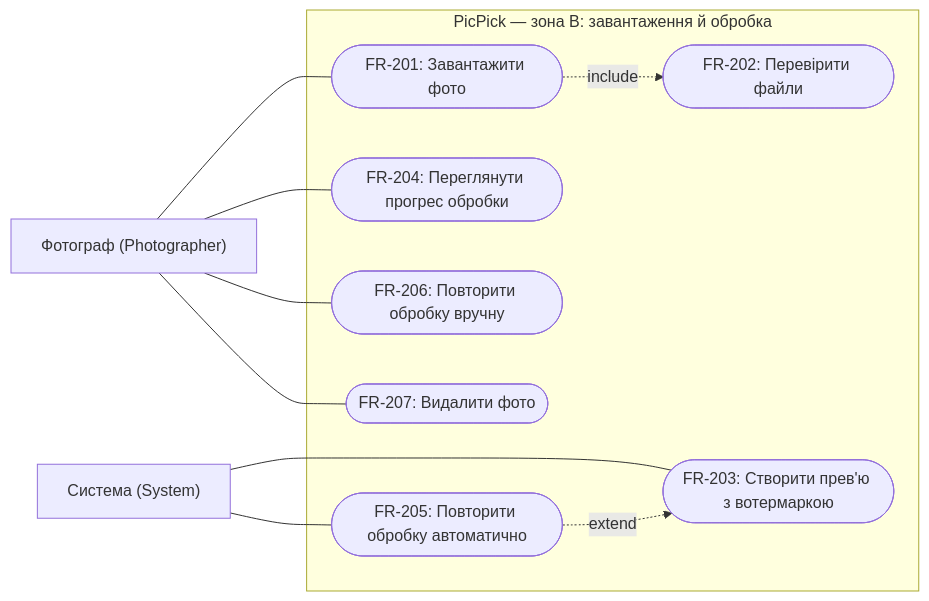
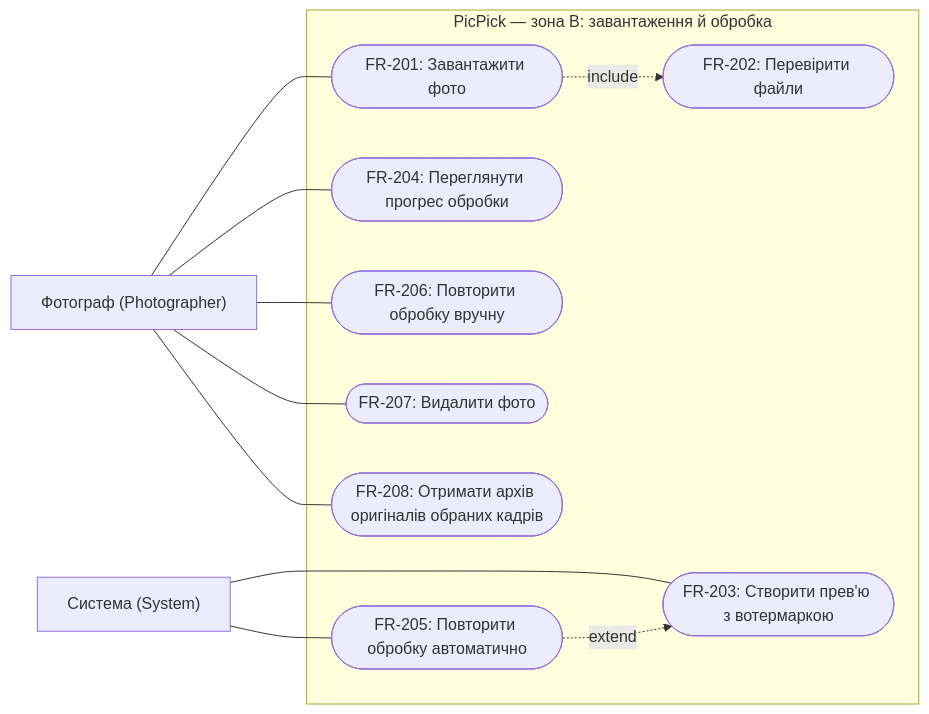
Before and after one commit to alonasaienko/picpick: the diagram in docs/03-srs/zone-b-processing.md, drawn with Mermaid. The commit also changed other lines of this file and 2 other files, not shown here.

First line of the commit message:
[п.3] FR-208: отримання архіву оригіналів обраних кадрів (#47)

````diff
--- a/docs/03-srs/zone-b-processing.md
+++ b/docs/03-srs/zone-b-processing.md
@@ -166,22 +180,24 @@
 ```mermaid
 flowchart LR
     photographer["Фотограф (Photographer)"]
     system["Система (System)"]
     subgraph picpick["PicPick — зона B: завантаження й обробка"]
         uploadPhotos(["FR-201: Завантажити фото"])
         validateFiles(["FR-202: Перевірити файли"])
         createPreview(["FR-203: Створити прев'ю з вотермаркою"])
         viewProgress(["FR-204: Переглянути прогрес обробки"])
         autoRetry(["FR-205: Повторити обробку автоматично"])
         retryPhoto(["FR-206: Повторити обробку вручну"])
         deletePhoto(["FR-207: Видалити фото"])
+        downloadOriginals(["FR-208: Отримати архів оригіналів обраних кадрів"])
     end
     photographer --- uploadPhotos
     uploadPhotos -. include .-> validateFiles
     photographer --- viewProgress
     photographer --- retryPhoto
     photographer --- deletePhoto
+    photographer --- downloadOriginals
     system --- createPreview
     autoRetry -. extend .-> createPreview
     system --- autoRetry
 ```
````
